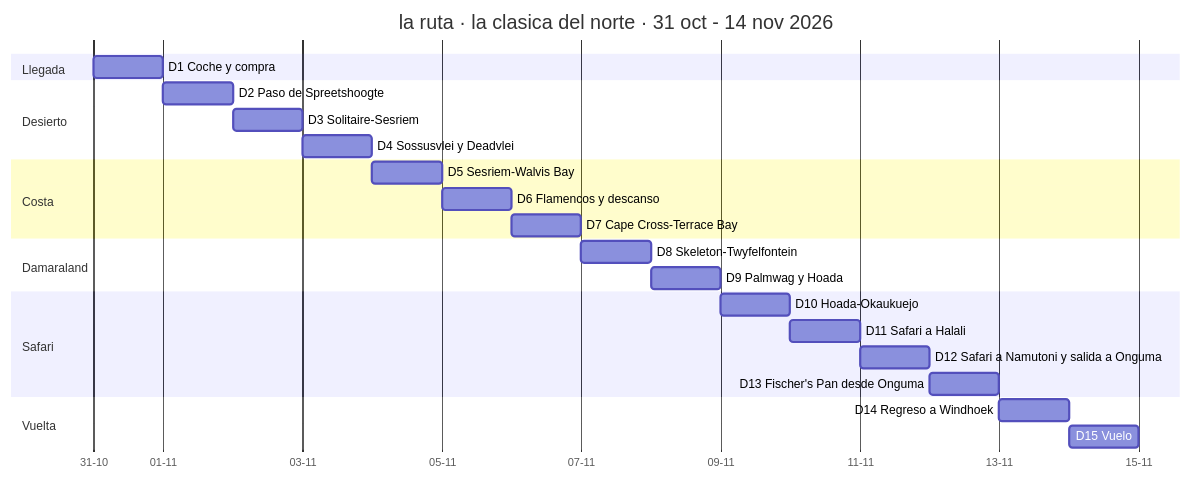
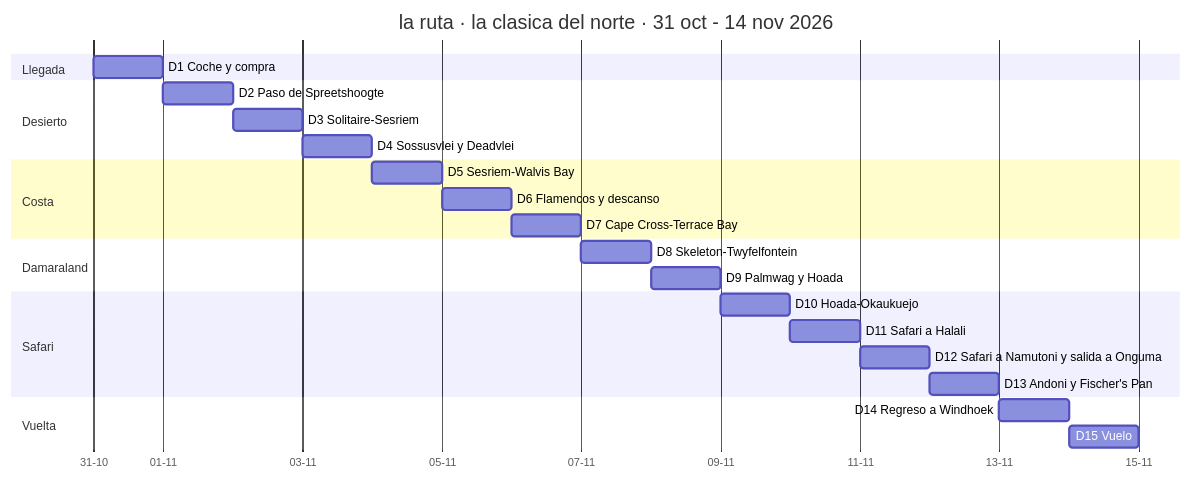
Before and after one commit to morandeirachema/namibia: the first of 5 diagrams in 01-itinerarios-dia-a-dia.md, drawn with Mermaid. The commit also changed other lines of this file and 60 other files, not shown here.

````diff
--- a/01-itinerarios-dia-a-dia.md
+++ b/01-itinerarios-dia-a-dia.md
@@ -88,27 +89,27 @@
 ```mermaid
 gantt
     title la ruta · la clasica del norte · 31 oct - 14 nov 2026
     dateFormat YYYY-MM-DD
     axisFormat %d-%m
     section Llegada
     D1 Coche y compra :e0, 2026-10-31, 1d
     section Desierto
     D2 Paso de Spreetshoogte :e1, 2026-11-01, 1d
     D3 Solitaire-Sesriem :e2, after e1, 1d
     D4 Sossusvlei y Deadvlei :e3, after e2, 1d
     section Costa
     D5 Sesriem-Walvis Bay :e4, after e3, 1d
     D6 Flamencos y descanso :e5, after e4, 1d
     D7 Cape Cross-Terrace Bay :e6, after e5, 1d
     section Damaraland
     D8 Skeleton-Twyfelfontein :e7, after e6, 1d
     D9 Palmwag y Hoada :e8, after e7, 1d
     section Safari
     D10 Hoada-Okaukuejo :e9, after e8, 1d
     D11 Safari a Halali :e10, after e9, 1d
     D12 Safari a Namutoni y salida a Onguma :e11, after e10, 1d
-    D13 Fischer's Pan desde Onguma :e12, after e11, 1d
+    D13 Andoni y Fischer's Pan :e12, after e11, 1d
     section Vuelta
     D14 Regreso a Windhoek :e13, after e12, 1d
     D15 Vuelo :e14, after e13, 1d
 ```
````
